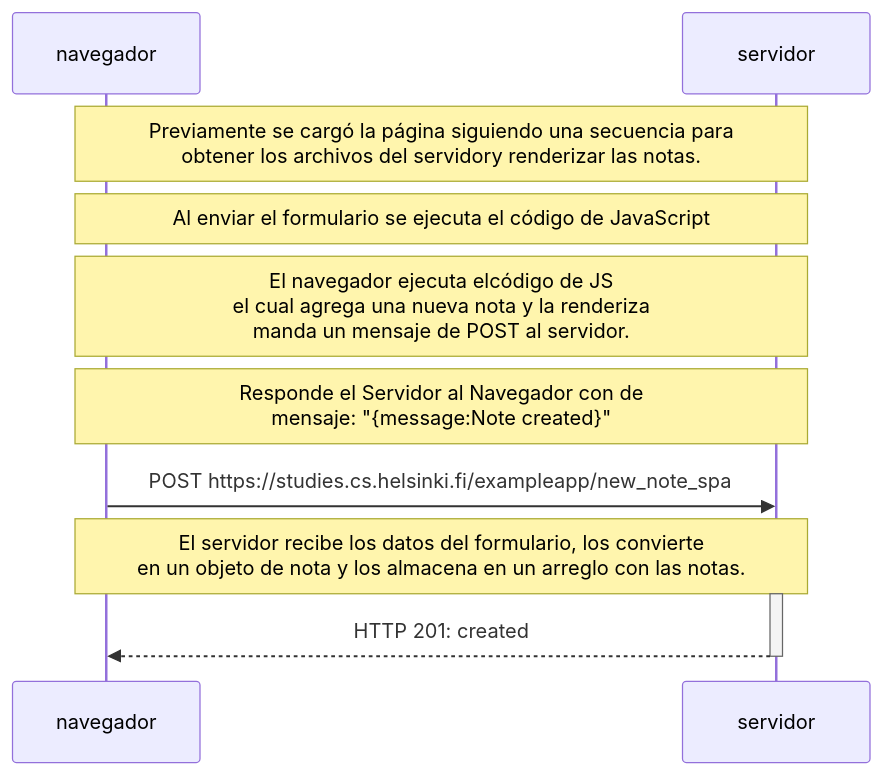
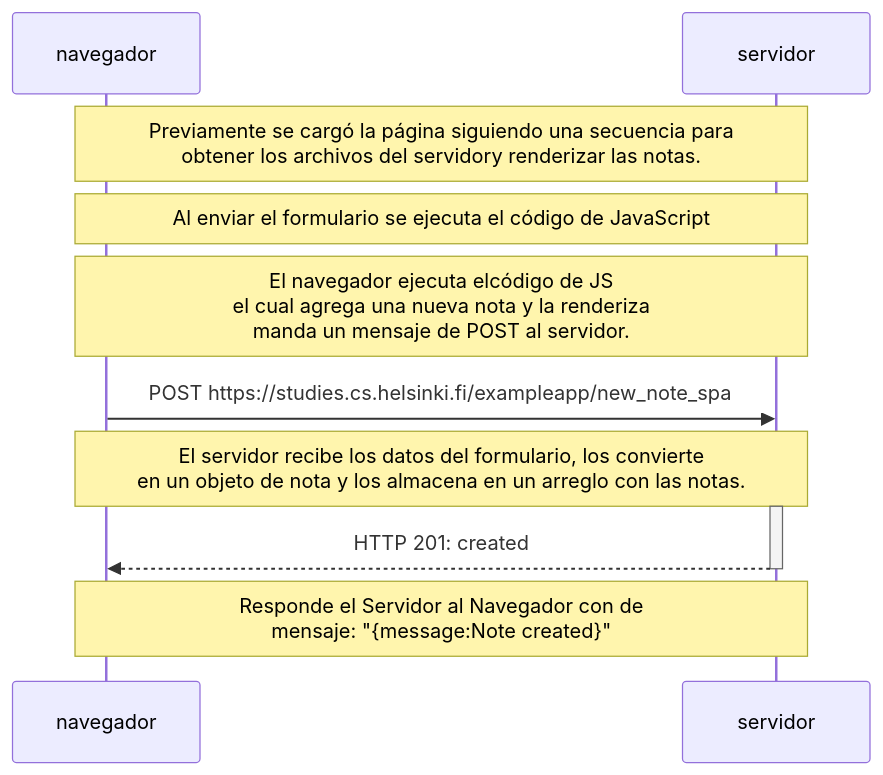
One commit to CuteLoop/fullstack-open changed the diagram in parte-0/ejercicio-0.6.mmd. Above: the diagram before and after it, drawn with Mermaid. The commit also changed other lines of this file, not shown here.

```diff
--- a/parte-0/ejercicio-0.6.mmd
+++ b/parte-0/ejercicio-0.6.mmd
@@ -1,17 +1,18 @@
 
 
 sequenceDiagram
     participant navegador
     participant servidor
 
     Note over navegador,servidor: Previamente se cargó la página siguiendo una secuencia para <br/> obtener los archivos del servidory renderizar las notas.
     Note over navegador,servidor: Al enviar el formulario se ejecuta el código de JavaScript
 
     Note over navegador,servidor: El navegador ejecuta elcódigo de JS<br/> el cual agrega una nueva nota y la renderiza <br/> manda un mensaje de POST al servidor.
-    Note over navegador,servidor: Responde el Servidor al Navegador con  de <br/> mensaje: "{message:Note created}"
     navegador->>servidor: POST https://studies.cs.helsinki.fi/exampleapp/new_note_spa
     Note over navegador,servidor: El servidor recibe los datos del formulario, los convierte <br/> en un objeto de nota y los almacena en un arreglo con las notas.
     
     activate servidor
     servidor-->>navegador: HTTP 201: created
     deactivate servidor
+
+    Note over navegador,servidor: Responde el Servidor al Navegador con  de <br/> mensaje: "{message:Note created}"
```
